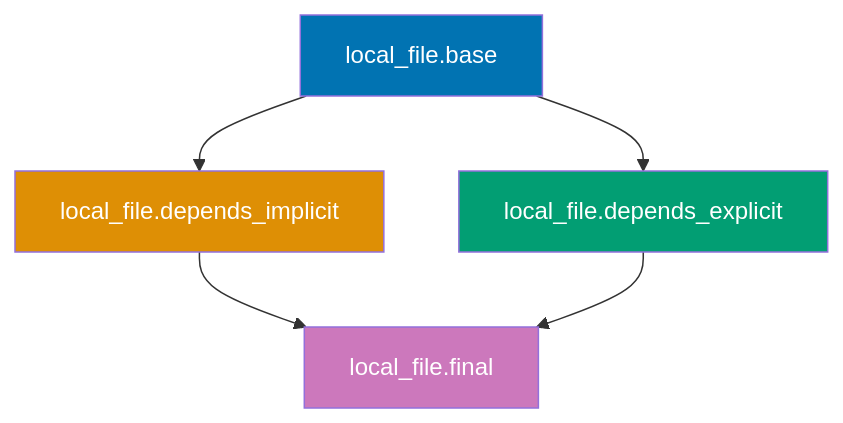
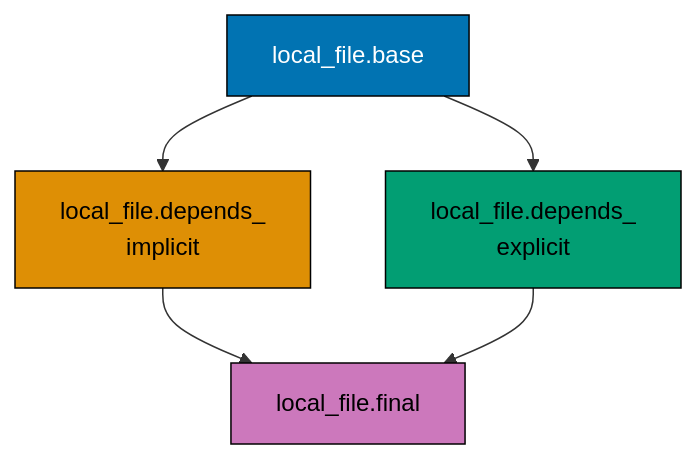
One commit to wahidyankf/ose-public changed the third of 6 diagrams in apps/ayokoding-www/content/en/learn/legacy/software-engineering/infrastructure/tools/terraform/by-example/beginner.md. Above: the diagram before and after it, drawn with Mermaid. The commit also changed other lines of this file and 131 other files, not shown here.

First line of the commit message:
fix(mermaid): bring the legacy data, infrastructure, and testing diagrams onto the accessible palette

````diff
--- a/apps/ayokoding-www/content/en/learn/legacy/software-engineering/infrastructure/tools/terraform/by-example/beginner.md
+++ b/apps/ayokoding-www/content/en/learn/legacy/software-engineering/infrastructure/tools/terraform/by-example/beginner.md
@@ -950,13 +966,20 @@
 ```mermaid
 %% Color Palette: Blue #0173B2, Orange #DE8F05, Teal #029E73, Purple #CC78BC, Brown #CA9161
 graph TD
- A["local_file.base"] --> B["local_file.depends_implicit"]
- A --> C["local_file.depends_explicit"]
+ accTitle: Example 9: Resource Dependencies
+ accDescr: Graph with 4 nodes and 4 connections. Nodes: local_file.base, local_file.depends_ implicit, local_file.depends_ explicit, local_file.final. Connections: local_file.base to local_file.depends_ implicit, local_file.base to local_file.depends_ explicit, local_file.depends_ implicit to local_file.final, local_file.depends_ explicit to local_file.final.
+ A["local_file.base"] --> B["local_file.depends_<br/>implicit"]
+ A --> C["local_file.depends_<br/>explicit"]
  B --> D["local_file.final"]
  C --> D
 
- style A fill:#0173B2,color:#fff
- style B fill:#DE8F05,color:#fff
- style C fill:#029E73,color:#fff
- style D fill:#CC78BC,color:#fff
+ classDef pal-0173B2 fill:#0173B2,stroke:#000000,color:#FFFFFF
+ class A pal-0173B2
+ classDef pal-DE8F05 fill:#DE8F05,stroke:#000000,color:#000000
+ class B pal-DE8F05
+ classDef pal-029E73 fill:#029E73,stroke:#000000,color:#000000
+ class C pal-029E73
+ classDef pal-CC78BC fill:#CC78BC,stroke:#000000,color:#000000
+ class D pal-CC78BC
+ classDef default fill:#FFFFFF,stroke:#000000,color:#000000
 ```
````
